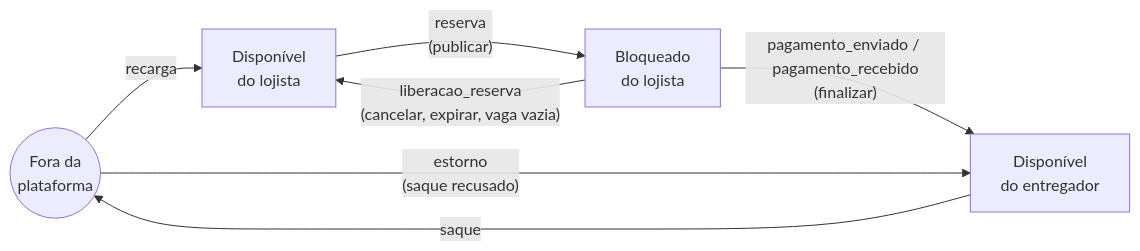
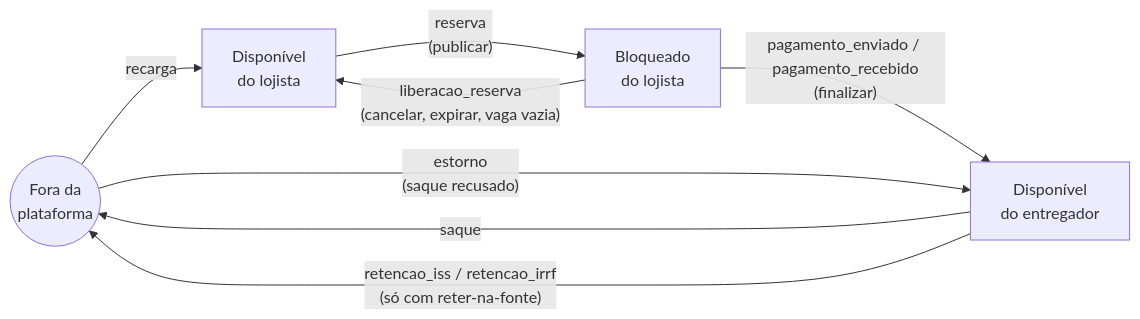
The first of 7 diagrams in docs/financeiro/FLUXO-FINANCEIRO.md (matheus-silverio-silva/motoshift), drawn with Mermaid before and after one commit. The commit also changed other lines of this file and 4 other files, not shown here.

````diff
--- a/docs/financeiro/FLUXO-FINANCEIRO.md
+++ b/docs/financeiro/FLUXO-FINANCEIRO.md
@@ -40,14 +40,15 @@
 ```mermaid
 flowchart LR
     Fora(("Fora da<br/>plataforma"))
     Disp["Disponível<br/>do lojista"]
     Bloq["Bloqueado<br/>do lojista"]
     Ent["Disponível<br/>do entregador"]
 
     Fora -- "recarga" --> Disp
     Disp -- "reserva<br/>(publicar)" --> Bloq
     Bloq -- "liberacao_reserva<br/>(cancelar, expirar, vaga vazia)" --> Disp
     Bloq -- "pagamento_enviado / pagamento_recebido<br/>(finalizar)" --> Ent
     Ent -- "saque" --> Fora
+    Ent -- "retencao_iss / retencao_irrf<br/>(só com reter-na-fonte)" --> Fora
     Fora -- "estorno<br/>(saque recusado)" --> Ent
 ```
````
